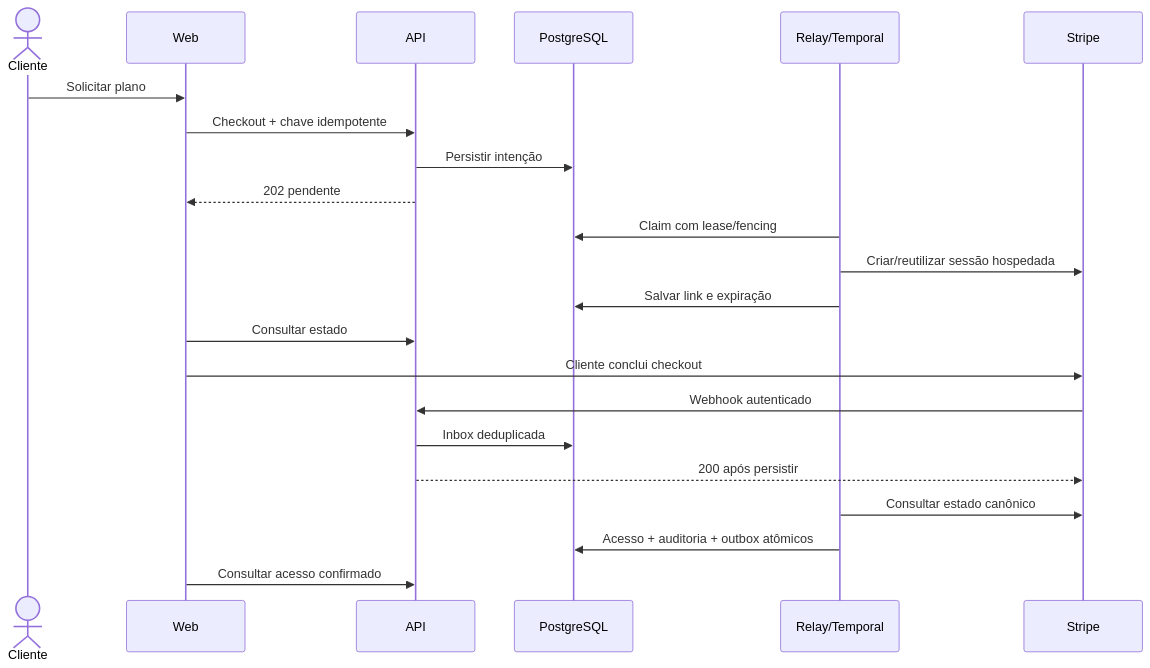
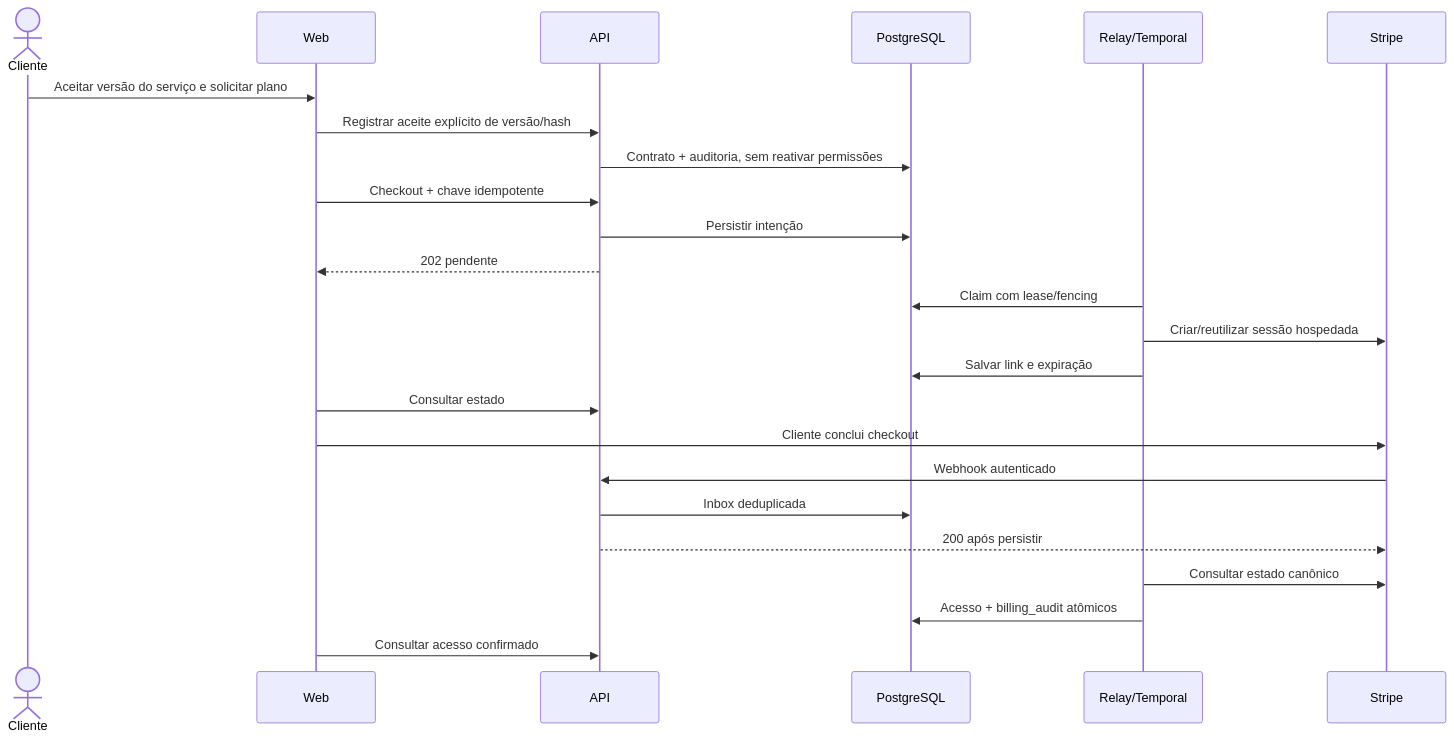
Before and after one commit to Local-Spark/local-spark-platform: the diagram in docs/design/billing.md, drawn with Mermaid. The commit also changed other lines of this file and 106 other files, not shown here.

````diff
--- a/docs/design/billing.md
+++ b/docs/design/billing.md
@@ -204,24 +216,26 @@
 ```mermaid
 sequenceDiagram
   actor Cliente
   participant Web
   participant API
   participant DB as PostgreSQL
   participant Worker as Relay/Temporal
   participant Stripe
-  Cliente->>Web: Solicitar plano
+  Cliente->>Web: Aceitar versão do serviço e solicitar plano
+  Web->>API: Registrar aceite explícito de versão/hash
+  API->>DB: Contrato + auditoria, sem reativar permissões
   Web->>API: Checkout + chave idempotente
   API->>DB: Persistir intenção
   API-->>Web: 202 pendente
   Worker->>DB: Claim com lease/fencing
   Worker->>Stripe: Criar/reutilizar sessão hospedada
   Worker->>DB: Salvar link e expiração
   Web->>API: Consultar estado
   Web->>Stripe: Cliente conclui checkout
   Stripe->>API: Webhook autenticado
   API->>DB: Inbox deduplicada
   API-->>Stripe: 200 após persistir
   Worker->>Stripe: Consultar estado canônico
-  Worker->>DB: Acesso + auditoria + outbox atômicos
+  Worker->>DB: Acesso + billing_audit atômicos
   Web->>API: Consultar acesso confirmado
 ```
````
